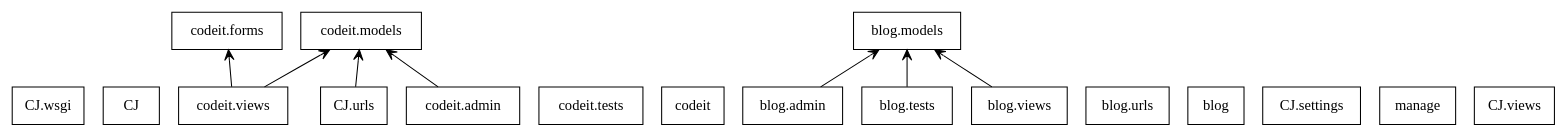
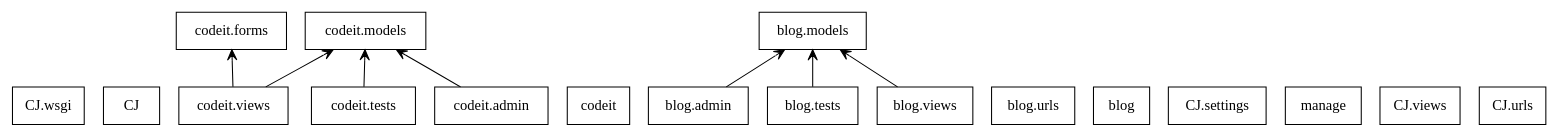
Before and after one commit to akashdeshmukh/Codeit: the diagram in packages_No_Name.dot, drawn with Graphviz. The commit also changed 2 other files, not shown here.

```diff
--- a/packages_No_Name.dot
+++ b/packages_No_Name.dot
@@ -1,29 +1,29 @@
 digraph "packages_No_Name" {
 charset="utf-8"
 rankdir=BT
 "3" [shape="box", label="CJ.wsgi"];
 "4" [shape="box", label="CJ"];
 "5" [shape="box", label="codeit.forms"];
-"7" [shape="box", label="codeit.tests"];
-"9" [shape="box", label="codeit"];
-"10" [shape="box", label="codeit.models"];
-"14" [shape="box", label="blog.models"];
-"16" [shape="box", label="blog.urls"];
-"17" [shape="box", label="blog.admin"];
-"19" [shape="box", label="blog"];
-"20" [shape="box", label="CJ.settings"];
-"21" [shape="box", label="blog.tests"];
-"23" [shape="box", label="manage"];
-"24" [shape="box", label="CJ.views"];
-"25" [shape="box", label="CJ.urls"];
-"26" [shape="box", label="codeit.admin"];
-"28" [shape="box", label="codeit.views"];
-"29" [shape="box", label="blog.views"];
-"17" -> "14" [arrowtail="none", arrowhead="open"];
-"21" -> "14" [arrowtail="none", arrowhead="open"];
-"25" -> "10" [arrowtail="none", arrowhead="open"];
-"26" -> "10" [arrowtail="none", arrowhead="open"];
-"28" -> "5" [arrowtail="none", arrowhead="open"];
-"28" -> "10" [arrowtail="none", arrowhead="open"];
-"29" -> "14" [arrowtail="none", arrowhead="open"];
+"8" [shape="box", label="codeit.tests"];
+"10" [shape="box", label="codeit"];
+"11" [shape="box", label="codeit.models"];
+"15" [shape="box", label="blog.models"];
+"17" [shape="box", label="blog.urls"];
+"18" [shape="box", label="blog.admin"];
+"20" [shape="box", label="blog"];
+"21" [shape="box", label="CJ.settings"];
+"22" [shape="box", label="blog.tests"];
+"24" [shape="box", label="manage"];
+"25" [shape="box", label="CJ.views"];
+"26" [shape="box", label="CJ.urls"];
+"27" [shape="box", label="codeit.admin"];
+"29" [shape="box", label="codeit.views"];
+"30" [shape="box", label="blog.views"];
+"8" -> "11" [arrowtail="none", arrowhead="open"];
+"18" -> "15" [arrowtail="none", arrowhead="open"];
+"22" -> "15" [arrowtail="none", arrowhead="open"];
+"27" -> "11" [arrowtail="none", arrowhead="open"];
+"29" -> "5" [arrowtail="none", arrowhead="open"];
+"29" -> "11" [arrowtail="none", arrowhead="open"];
+"30" -> "15" [arrowtail="none", arrowhead="open"];
 }
```
